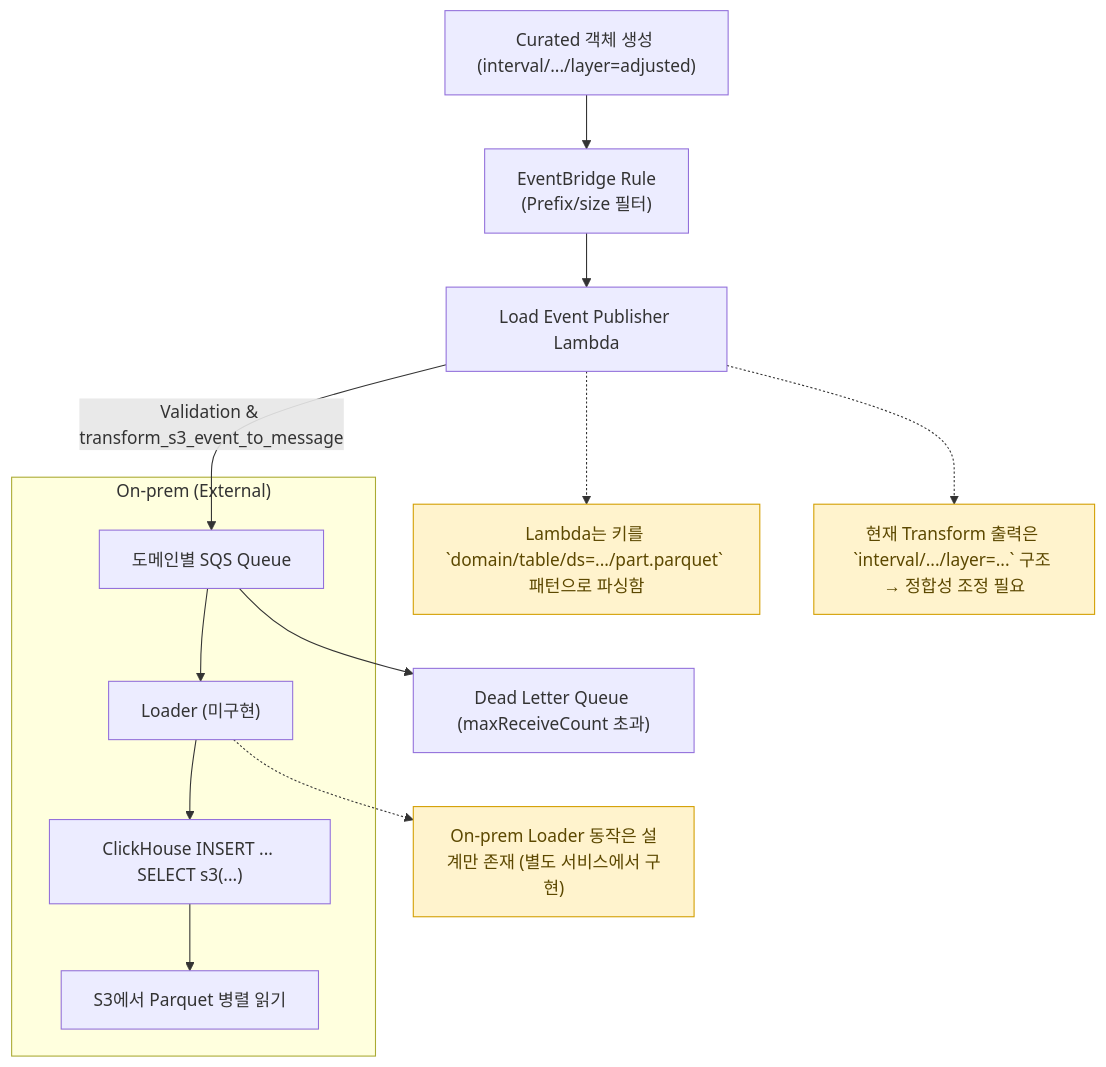
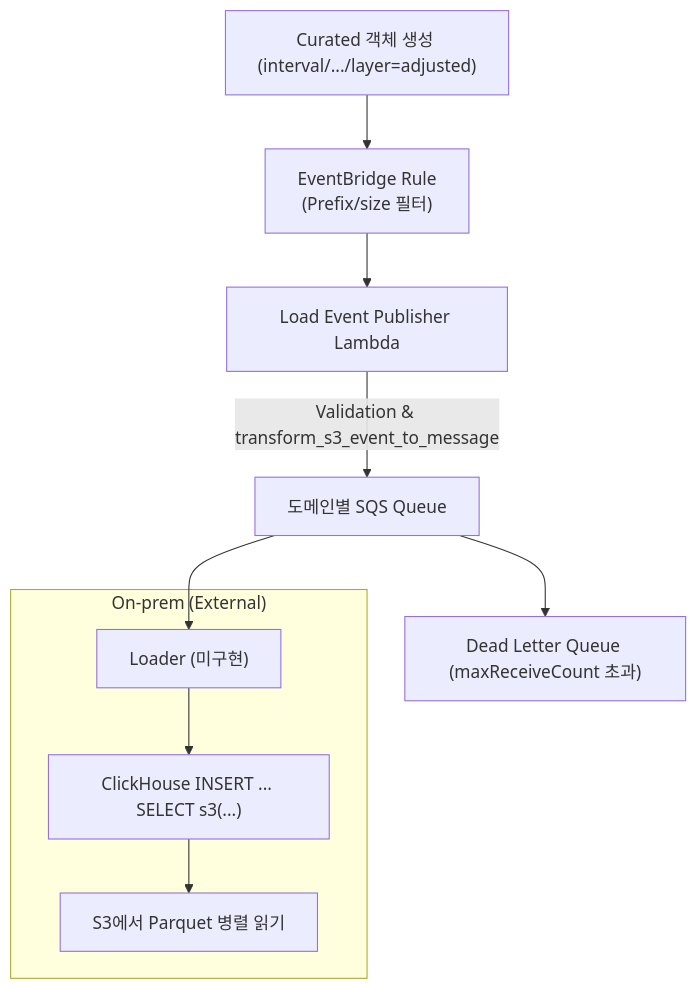
One commit to keemgdeok/fin-forge-pipeline changed the diagram in docs/diagrams/load/02-data-flow.md. Above: the diagram before and after it, drawn with Mermaid. The commit also changed 16 other files, not shown here.

Commit message:
feat: update transform docs/diagram

````diff
--- a/docs/diagrams/load/02-data-flow.md
+++ b/docs/diagrams/load/02-data-flow.md
@@ -1,24 +1,16 @@
 ```mermaid
 flowchart TD
   A["Curated 객체 생성 (interval/.../layer=adjusted)"] --> B["EventBridge Rule\n(Prefix/size 필터)"]
   B --> C["Load Event Publisher Lambda"]
   C -->|Validation & transform_s3_event_to_message| D["도메인별 SQS Queue"]
   D --> E["Dead Letter Queue (maxReceiveCount 초과)"]
-
-  subgraph "On-prem (External)"
-    D --> F["Loader (미구현)"]
+  D --> F["Loader (미구현)"]
+  subgraph "On-prem (External)"  
     F --> G["ClickHouse INSERT ... SELECT s3(...)"]
     G --> H["S3에서 Parquet 병렬 읽기"]
   end
 
-  %% Notes
-  N1["Lambda는 키를 `domain/table/ds=.../part.parquet` 패턴으로 파싱함"]:::note
-  N2["현재 Transform 출력은 `interval/.../layer=...` 구조 → 정합성 조정 필요"]:::note
-  N3["On-prem Loader 동작은 설계만 존재 (별도 서비스에서 구현)"]:::note
 
-  C -.-> N1
-  C -.-> N2
-  F -.-> N3
 
   classDef note fill:#fff3cd,stroke:#d39e00,color:#5c4800;
 ```
````
